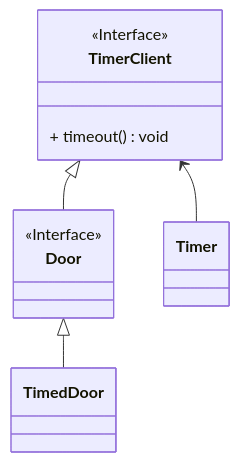
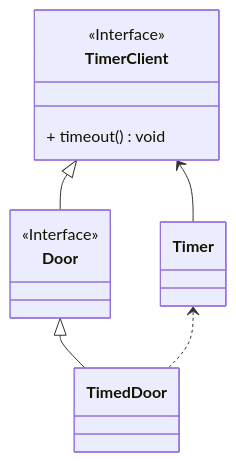
The first of 2 diagrams in content/modules/interface-segregation-principle.mdx (3794/principles), drawn with Mermaid before and after one commit.

````diff
--- a/content/modules/interface-segregation-principle.mdx
+++ b/content/modules/interface-segregation-principle.mdx
@@ -58,13 +58,15 @@
 ```mermaid
 classDiagram
   class TimerClient {
     <<Interface>>
     + timeout() void
   }
   class Door {
     <<Interface>>
   }
   TimerClient <-- Timer
   TimerClient <|-- Door
   Door <|-- TimedDoor
+  Timer <.. TimedDoor
+
 ```
````
